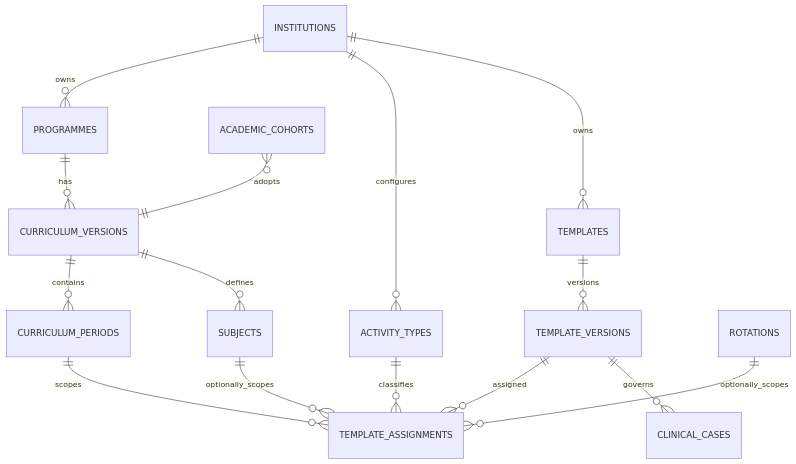
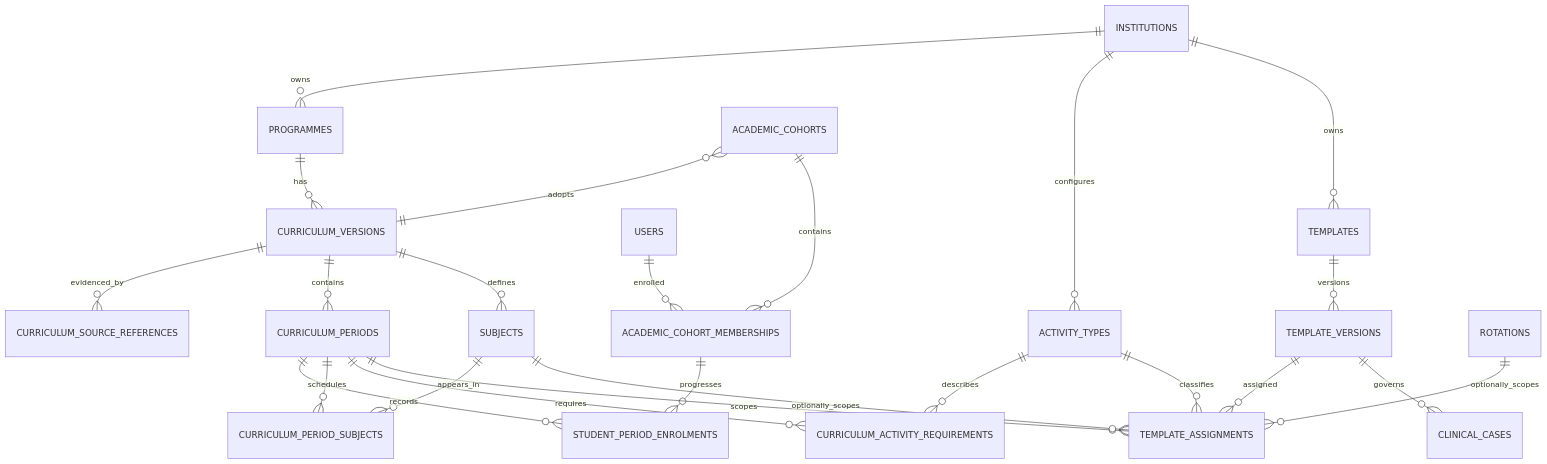
The first of 6 diagrams in docs/research/PCI_TEMPLATE_FOUNDATION_SPEC.md (Joseph5157/Pharmalab), drawn with Mermaid before and after one commit. The commit also changed other lines of this file, not shown here.

````diff
--- a/docs/research/PCI_TEMPLATE_FOUNDATION_SPEC.md
+++ b/docs/research/PCI_TEMPLATE_FOUNDATION_SPEC.md
@@ -94,17 +94,26 @@
 ```mermaid
 erDiagram
     INSTITUTIONS ||--o{ PROGRAMMES : owns
     PROGRAMMES ||--o{ CURRICULUM_VERSIONS : has
+    CURRICULUM_VERSIONS ||--o{ CURRICULUM_SOURCE_REFERENCES : evidenced_by
     CURRICULUM_VERSIONS ||--o{ CURRICULUM_PERIODS : contains
     CURRICULUM_VERSIONS ||--o{ SUBJECTS : defines
     ACADEMIC_COHORTS }o--|| CURRICULUM_VERSIONS : adopts
+    USERS ||--o{ ACADEMIC_COHORT_MEMBERSHIPS : enrolled
+    ACADEMIC_COHORTS ||--o{ ACADEMIC_COHORT_MEMBERSHIPS : contains
+    ACADEMIC_COHORT_MEMBERSHIPS ||--o{ STUDENT_PERIOD_ENROLMENTS : progresses
+    CURRICULUM_PERIODS ||--o{ STUDENT_PERIOD_ENROLMENTS : records
+    CURRICULUM_PERIODS ||--o{ CURRICULUM_PERIOD_SUBJECTS : schedules
+    SUBJECTS ||--o{ CURRICULUM_PERIOD_SUBJECTS : appears_in
     INSTITUTIONS ||--o{ ACTIVITY_TYPES : configures
+    CURRICULUM_PERIODS ||--o{ CURRICULUM_ACTIVITY_REQUIREMENTS : requires
+    ACTIVITY_TYPES ||--o{ CURRICULUM_ACTIVITY_REQUIREMENTS : describes
     INSTITUTIONS ||--o{ TEMPLATES : owns
     TEMPLATES ||--o{ TEMPLATE_VERSIONS : versions
     TEMPLATE_VERSIONS ||--o{ TEMPLATE_ASSIGNMENTS : assigned
     CURRICULUM_PERIODS ||--o{ TEMPLATE_ASSIGNMENTS : scopes
     ACTIVITY_TYPES ||--o{ TEMPLATE_ASSIGNMENTS : classifies
     SUBJECTS ||--o{ TEMPLATE_ASSIGNMENTS : optionally_scopes
     ROTATIONS ||--o{ TEMPLATE_ASSIGNMENTS : optionally_scopes
     TEMPLATE_VERSIONS ||--o{ CLINICAL_CASES : governs
 ```
````
